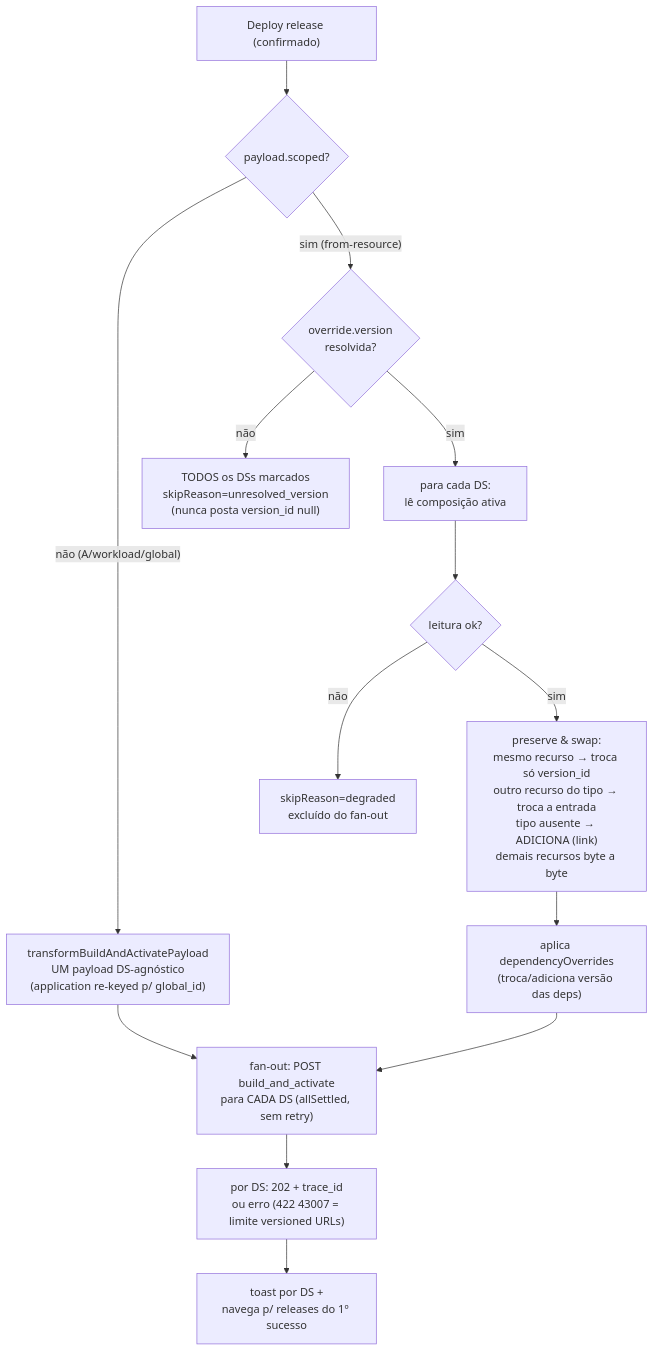
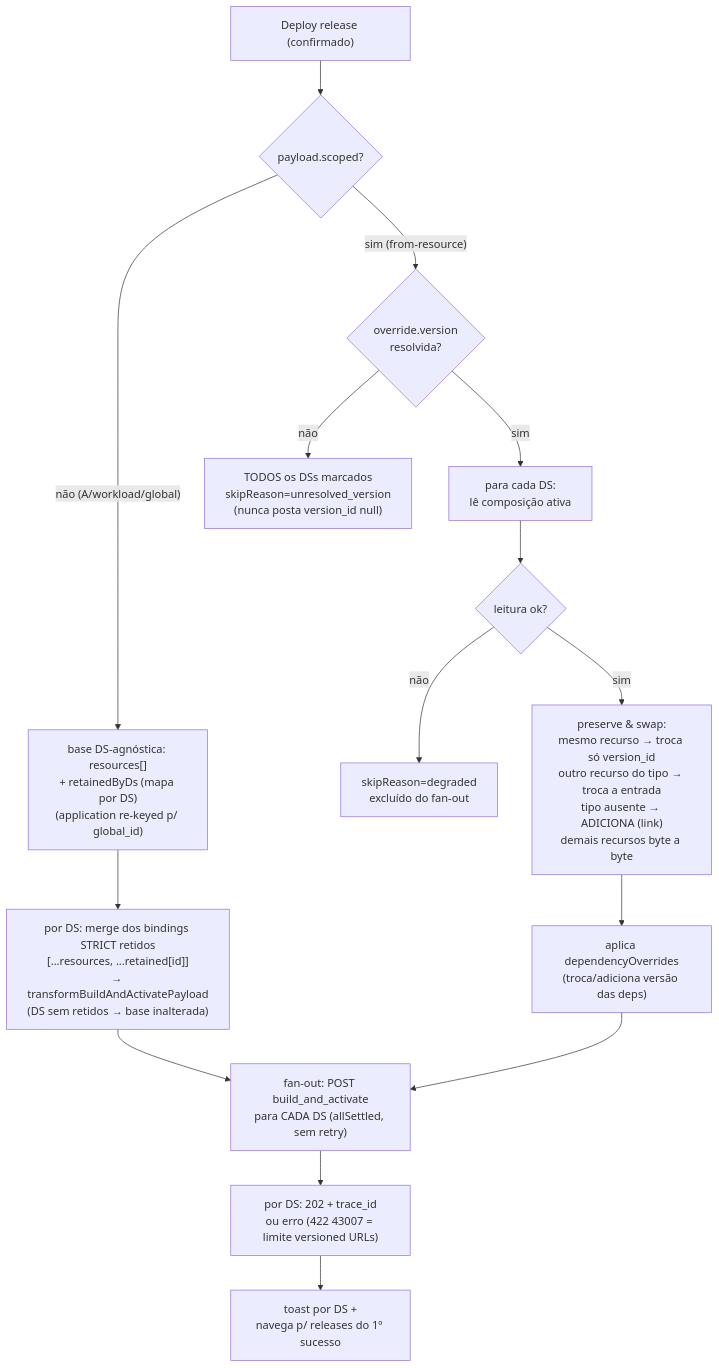
The seventh of 8 diagrams in docs/RELEASE-COMPOSER-FLOWS.md (aziontech/azion-console-kit), drawn with Mermaid before and after one commit. The commit also changed other lines of this file and 39 other files, not shown here.

Commit message:
feat: retain strict bindings per ds and show live traffic in version list

````diff
--- a/docs/RELEASE-COMPOSER-FLOWS.md
+++ b/docs/RELEASE-COMPOSER-FLOWS.md
@@ -409,19 +418,20 @@
 ```mermaid
 flowchart TD
     A["Deploy release (confirmado)"] --> B{"payload.scoped?"}
 
-    B -->|"não (A/workload/global)"| C["transformBuildAndActivatePayload<br/>UM payload DS-agnóstico<br/>(application re-keyed p/ global_id)"]
-    C --> D["fan-out: POST build_and_activate<br/>para CADA DS (allSettled, sem retry)"]
+    B -->|"não (A/workload/global)"| C["base DS-agnóstica: resources[]<br/>+ retainedByDs (mapa por DS)<br/>(application re-keyed p/ global_id)"]
+    C --> C2["por DS: merge dos bindings STRICT retidos<br/>[...resources, ...retained[id]]<br/>→ transformBuildAndActivatePayload<br/>(DS sem retidos → base inalterada)"]
+    C2 --> D["fan-out: POST build_and_activate<br/>para CADA DS (allSettled, sem retry)"]
 
     B -->|"sim (from-resource)"| E{"override.version<br/>resolvida?"}
     E -->|"não"| F["TODOS os DSs marcados<br/>skipReason=unresolved_version<br/>(nunca posta version_id null)"]
     E -->|"sim"| G["para cada DS:<br/>lê composição ativa"]
     G --> H{"leitura ok?"}
     H -->|"não"| I["skipReason=degraded<br/>excluído do fan-out"]
     H -->|"sim"| J["preserve & swap:<br/>mesmo recurso → troca só version_id<br/>outro recurso do tipo → troca a entrada<br/>tipo ausente → ADICIONA (link)<br/>demais recursos byte a byte"]
     J --> K["aplica dependencyOverrides<br/>(troca/adiciona versão das deps)"]
     K --> D
 
     D --> L["por DS: 202 + trace_id<br/>ou erro (422 43007 = limite versioned URLs)"]
     L --> M["toast por DS +<br/>navega p/ releases do 1º sucesso"]
 ```
````
